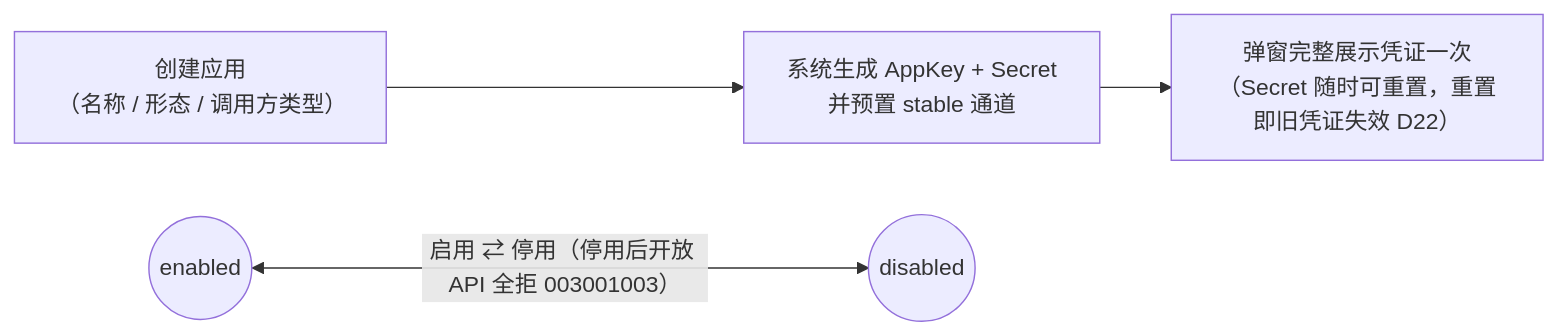
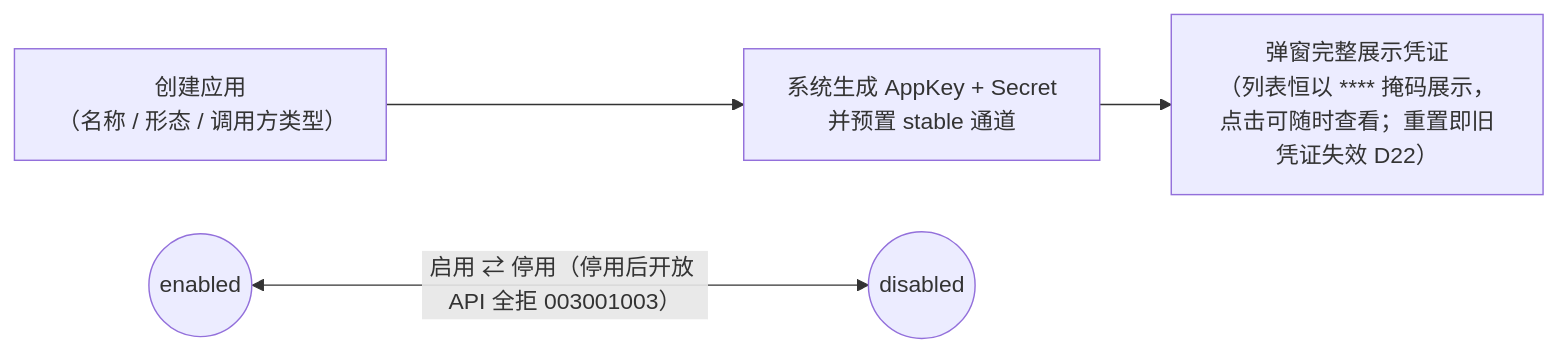
The second of 3 diagrams in docs/应用管理平台/应用与版本管理设计.md (Harley-xk/apphub), drawn with Mermaid before and after one commit. The commit also changed other lines of this file and 16 other files, not shown here.

````diff
--- a/docs/应用管理平台/应用与版本管理设计.md
+++ b/docs/应用管理平台/应用与版本管理设计.md
@@ -116,6 +118,6 @@
 ```mermaid
 flowchart LR
     create["创建应用<br/>（名称 / 形态 / 调用方类型）"] --> gen["系统生成 AppKey + Secret<br/>并预置 stable 通道"]
-    gen --> show["弹窗完整展示凭证一次<br/>（Secret 随时可重置，重置即旧凭证失效 D22）"]
+    gen --> show["弹窗完整展示凭证<br/>（列表恒以 **** 掩码展示，点击可随时查看；重置即旧凭证失效 D22）"]
     enabled(("enabled")) <-->|"启用 ⇄ 停用（停用后开放 API 全拒 003001003）"| disabled(("disabled"))
 ```
````
